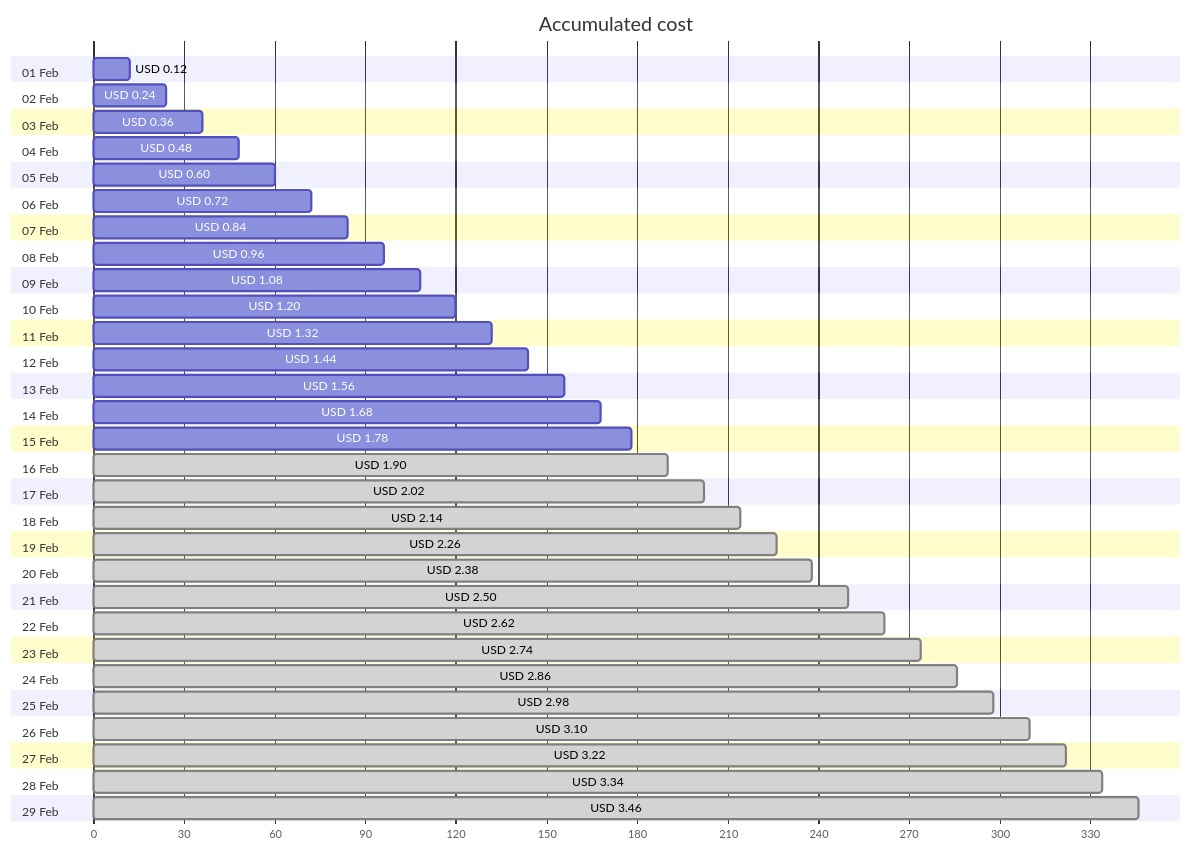
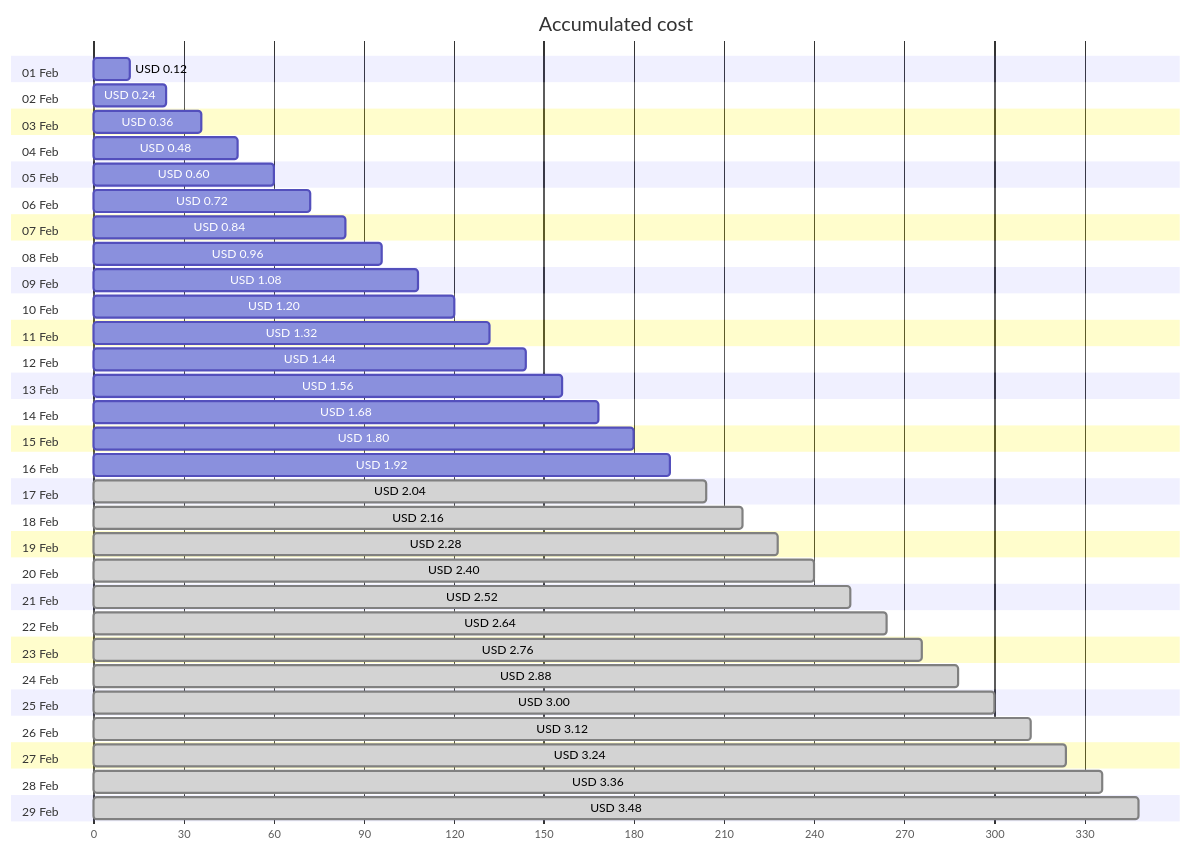
The first of 4 diagrams in cost-reports/personal-network/backup-server-public-ip.md (jpfulton/azure-personal-reports), drawn with Mermaid before and after one commit. The commit also changed other lines of this file and 8 other files, not shown here.

````diff
--- a/cost-reports/personal-network/backup-server-public-ip.md
+++ b/cost-reports/personal-network/backup-server-public-ip.md
@@ -20,64 +20,64 @@
 ```mermaid
 gantt
    title Accumulated cost
    dateFormat  X
    axisFormat %s
    section 01 Feb
    USD 0.12 :0, 12
    section 02 Feb
    USD 0.24 :0, 24
    section 03 Feb
    USD 0.36 :0, 36
    section 04 Feb
    USD 0.48 :0, 48
    section 05 Feb
    USD 0.60 :0, 60
    section 06 Feb
    USD 0.72 :0, 72
    section 07 Feb
    USD 0.84 :0, 84
    section 08 Feb
    USD 0.96 :0, 96
    section 09 Feb
    USD 1.08 :0, 108
    section 10 Feb
    USD 1.20 :0, 120
    section 11 Feb
    USD 1.32 :0, 132
    section 12 Feb
    USD 1.44 :0, 144
    section 13 Feb
    USD 1.56 :0, 156
    section 14 Feb
    USD 1.68 :0, 168
    section 15 Feb
-   USD 1.78 :0, 178
+   USD 1.80 :0, 180
    section 16 Feb
-   USD 1.90 : done, 0, 190
+   USD 1.92 :0, 192
    section 17 Feb
-   USD 2.02 : done, 0, 202
+   USD 2.04 : done, 0, 204
    section 18 Feb
-   USD 2.14 : done, 0, 214
+   USD 2.16 : done, 0, 216
    section 19 Feb
-   USD 2.26 : done, 0, 226
+   USD 2.28 : done, 0, 228
    section 20 Feb
-   USD 2.38 : done, 0, 238
+   USD 2.40 : done, 0, 240
    section 21 Feb
-   USD 2.50 : done, 0, 250
+   USD 2.52 : done, 0, 252
    section 22 Feb
-   USD 2.62 : done, 0, 262
+   USD 2.64 : done, 0, 264
    section 23 Feb
-   USD 2.74 : done, 0, 274
+   USD 2.76 : done, 0, 276
    section 24 Feb
-   USD 2.86 : done, 0, 286
+   USD 2.88 : done, 0, 288
    section 25 Feb
-   USD 2.98 : done, 0, 298
+   USD 3.00 : done, 0, 300
    section 26 Feb
-   USD 3.10 : done, 0, 310
+   USD 3.12 : done, 0, 312
    section 27 Feb
-   USD 3.22 : done, 0, 322
+   USD 3.24 : done, 0, 324
    section 28 Feb
-   USD 3.34 : done, 0, 334
+   USD 3.36 : done, 0, 336
    section 29 Feb
-   USD 3.46 : done, 0, 346
+   USD 3.48 : done, 0, 348
 ```
````
